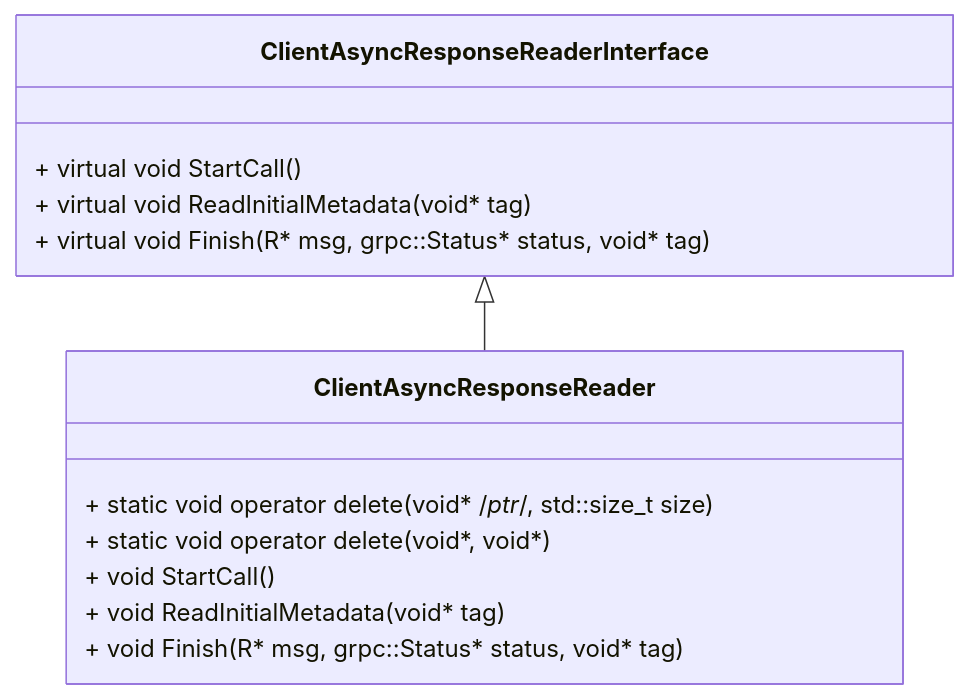
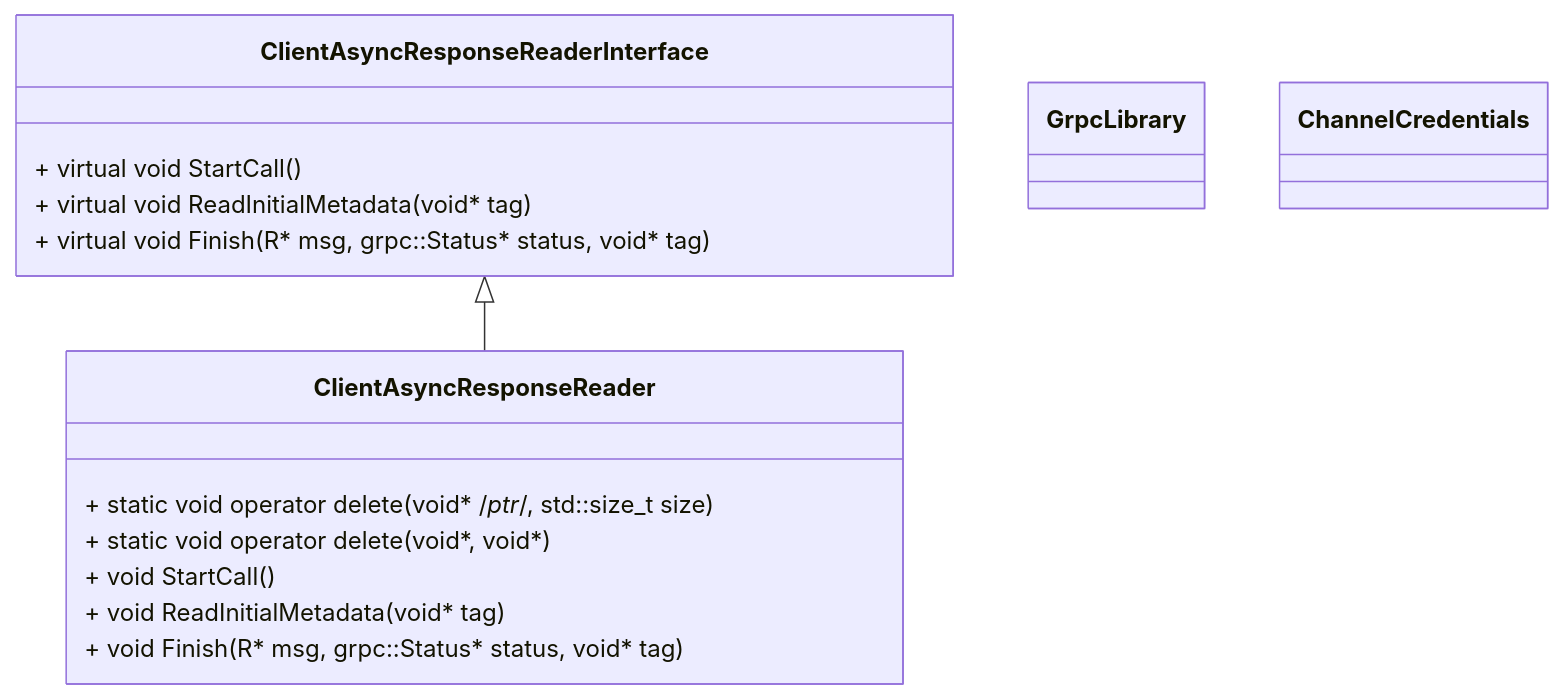
The diagram in 编程语言/c++/grpc源码分析.md (akai100/job_seek), drawn with Mermaid before and after one commit.

````diff
--- a/编程语言/c++/grpc源码分析.md
+++ b/编程语言/c++/grpc源码分析.md
@@ -1,16 +1,21 @@
 ```mermaid
 classDiagram
     class ClientAsyncResponseReaderInterface {
         + virtual void StartCall()
         + virtual void ReadInitialMetadata(void* tag)
         + virtual void Finish(R* msg, grpc::Status* status, void* tag)
     }
     class ClientAsyncResponseReader {
         + static void operator delete(void* /*ptr*/, std::size_t size)
         + static void operator delete(void*, void*)
         + void StartCall()
         + void ReadInitialMetadata(void* tag)
         + void Finish(R* msg, grpc::Status* status, void* tag)
     }
     ClientAsyncResponseReaderInterface <|-- ClientAsyncResponseReader
+    class GrpcLibrary {
+        
+    }
+    class ChannelCredentials {
+    }
 ```
````
